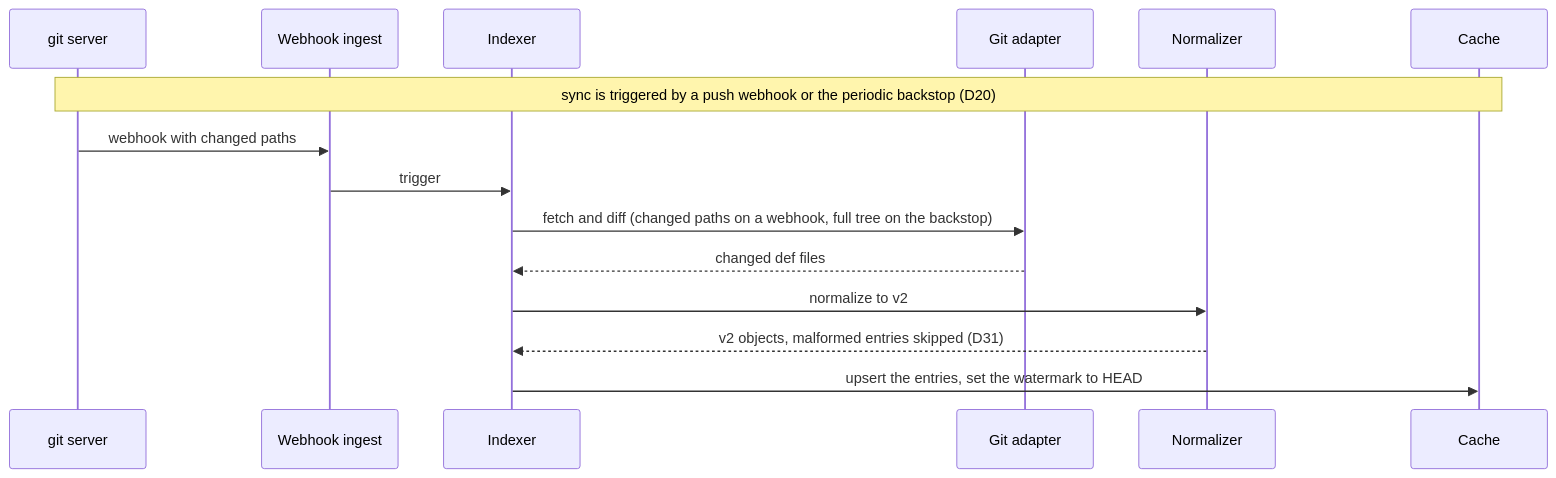
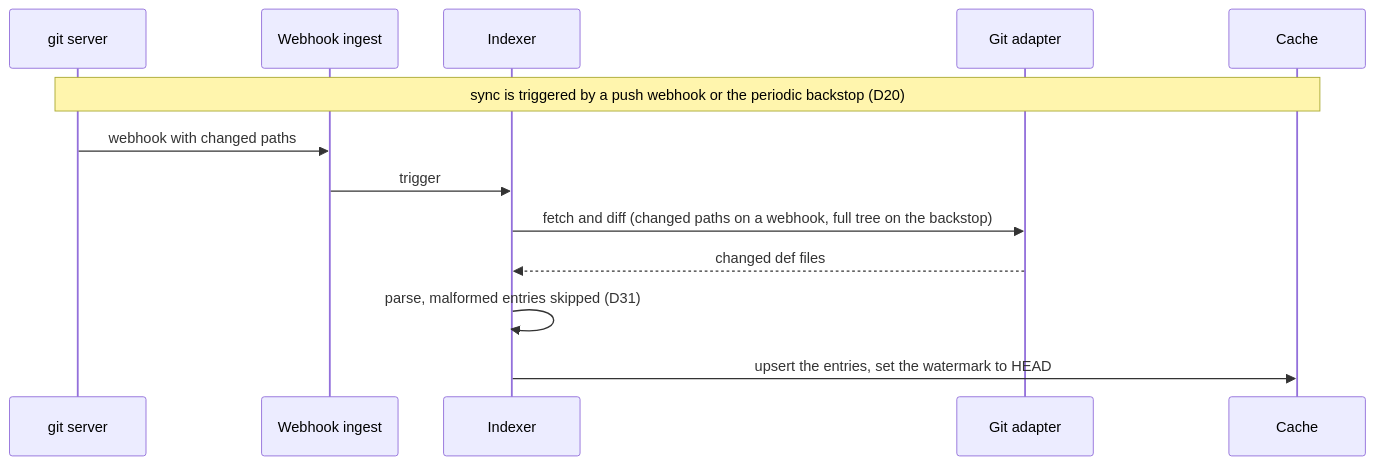
The fourth of 5 diagrams in docs/analysis/app-reg-def-service/design/architecture.md (Netcracker/qubership-envgene), drawn with Mermaid before and after one commit. The commit also changed other lines of this file and 1 other file, not shown here.

````diff
--- a/docs/analysis/app-reg-def-service/design/architecture.md
+++ b/docs/analysis/app-reg-def-service/design/architecture.md
@@ -87,17 +84,15 @@
 ```mermaid
 sequenceDiagram
   participant GS as git server
   participant WI as Webhook ingest
   participant IX as Indexer
   participant GA as Git adapter
-  participant N as Normalizer
   participant Cache
   Note over GS,Cache: sync is triggered by a push webhook or the periodic backstop (D20)
   GS->>WI: webhook with changed paths
   WI->>IX: trigger
   IX->>GA: fetch and diff (changed paths on a webhook, full tree on the backstop)
   GA-->>IX: changed def files
-  IX->>N: normalize to v2
-  N-->>IX: v2 objects, malformed entries skipped (D31)
+  IX->>IX: parse, malformed entries skipped (D31)
   IX->>Cache: upsert the entries, set the watermark to HEAD
 ```
````
